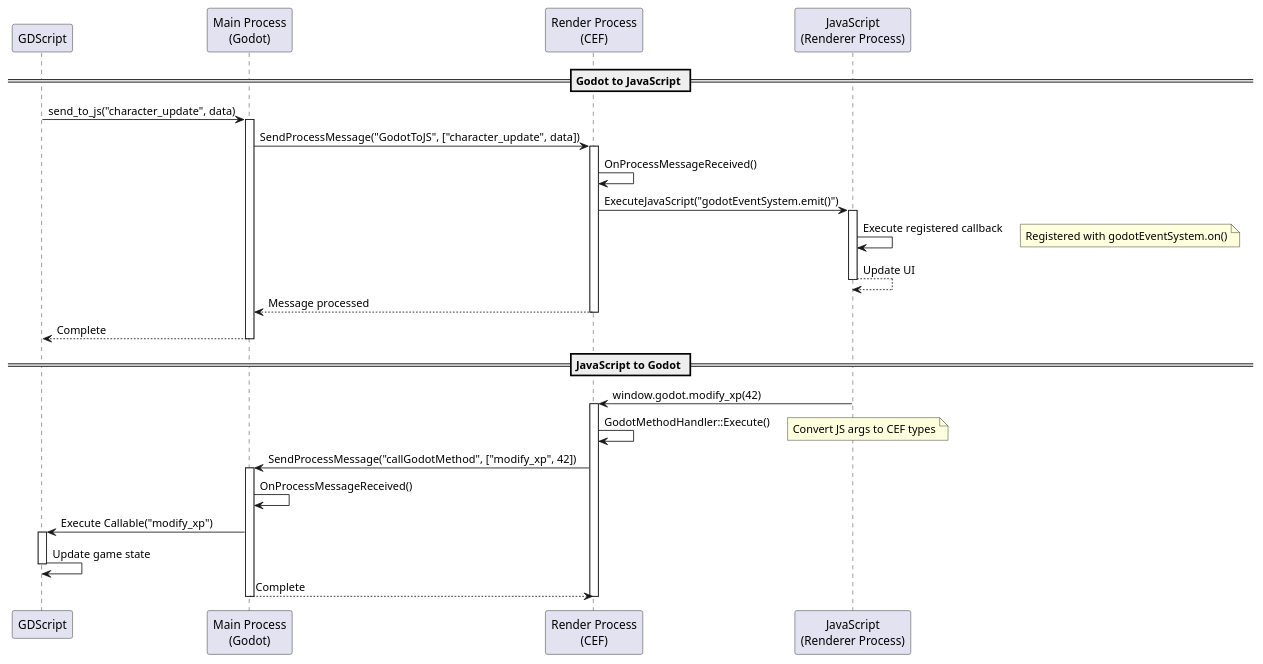
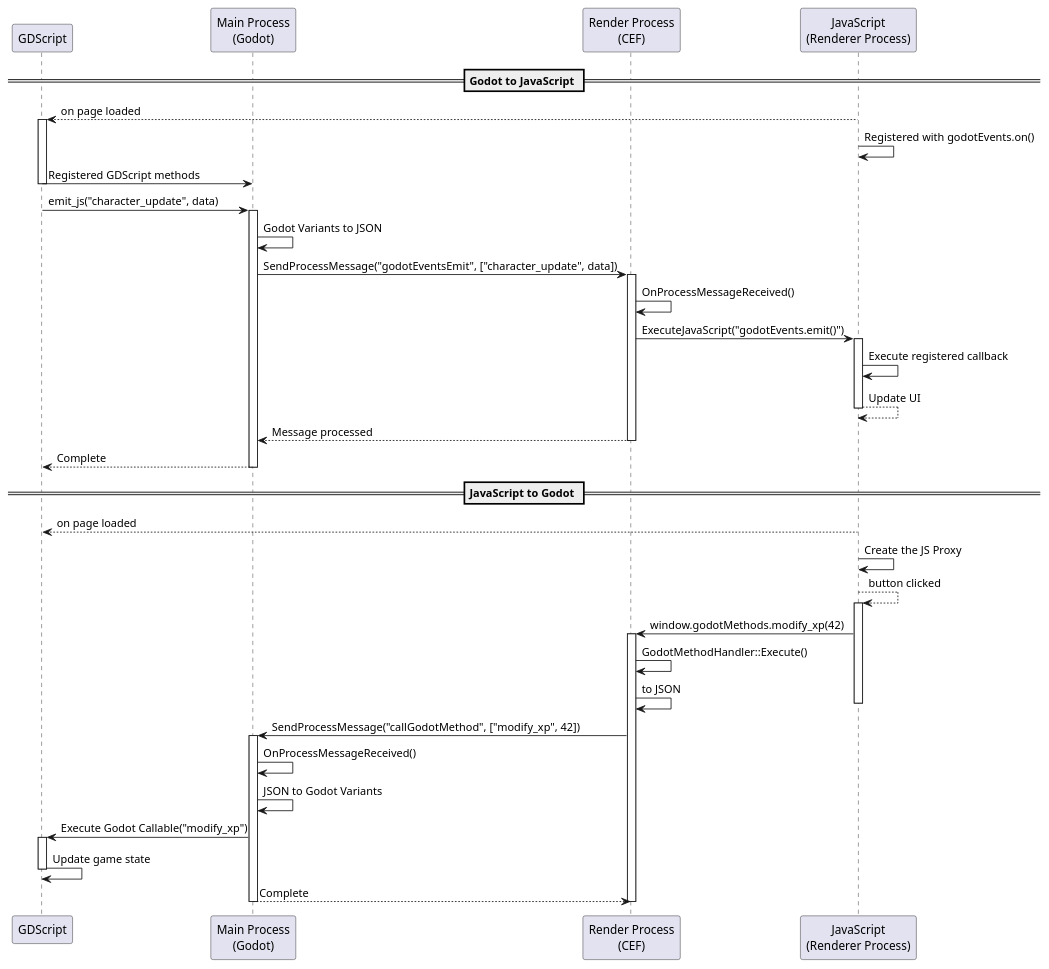
The diagram in addons/gdcef/doc/architecture/sequence_js_communication.puml (SmartKirb99/PainOS), drawn with PlantUML before and after one commit. The commit also changed 2271 other files, not shown here.

```diff
--- a/addons/gdcef/doc/architecture/sequence_js_communication.puml
+++ b/addons/gdcef/doc/architecture/sequence_js_communication.puml
@@ -1,54 +1,67 @@
 @startuml
 
 participant "GDScript" as GD
 participant "Main Process\n(Godot)" as MP
 participant "Render Process\n(CEF)" as RP
 participant "JavaScript\n(Renderer Process)" as JS
 
 == Godot to JavaScript ==
 
-GD -> MP : send_to_js("character_update", data)
+JS --> GD : on page loaded
+activate GD
+JS -> JS : Registered with godotEvents.on()
+GD -> MP : Registered GDScript methods
+deactivate GD
+
+GD -> MP : emit_js("character_update", data)
 activate MP
 
-MP -> RP : SendProcessMessage("GodotToJS", ["character_update", data])
+MP -> MP : Godot Variants to JSON
+MP -> RP : SendProcessMessage("godotEventsEmit", ["character_update", data])
 activate RP
 
 RP -> RP : OnProcessMessageReceived()
-RP -> JS : ExecuteJavaScript("godotEventSystem.emit()")
+RP -> JS : ExecuteJavaScript("godotEvents.emit()")
 activate JS
 
 JS -> JS : Execute registered callback
-note right: Registered with godotEventSystem.on()
 JS --> JS : Update UI
 deactivate JS
 
 RP --> MP : Message processed
 deactivate RP
 
 MP --> GD : Complete
 deactivate MP
 
 == JavaScript to Godot ==
 
-JS -> RP : window.godot.modify_xp(42)
+JS --> GD : on page loaded
+JS -> JS : Create the JS Proxy
+
+JS --> JS : button clicked
+activate JS
+JS -> RP : window.godotMethods.modify_xp(42)
 activate RP
 
 RP -> RP : GodotMethodHandler::Execute()
-note right: Convert JS args to CEF types
+RP -> RP : to JSON
+deactivate JS
 
 RP -> MP : SendProcessMessage("callGodotMethod", ["modify_xp", 42])
 activate MP
 
 MP -> MP : OnProcessMessageReceived()
-MP -> GD : Execute Callable("modify_xp")
+MP -> MP : JSON to Godot Variants
+MP -> GD : Execute Godot Callable("modify_xp")
 activate GD
 
 GD -> GD : Update game state
 deactivate GD
 
 MP --> RP : Complete
 deactivate MP
 
 deactivate RP
 
 @enduml
```
